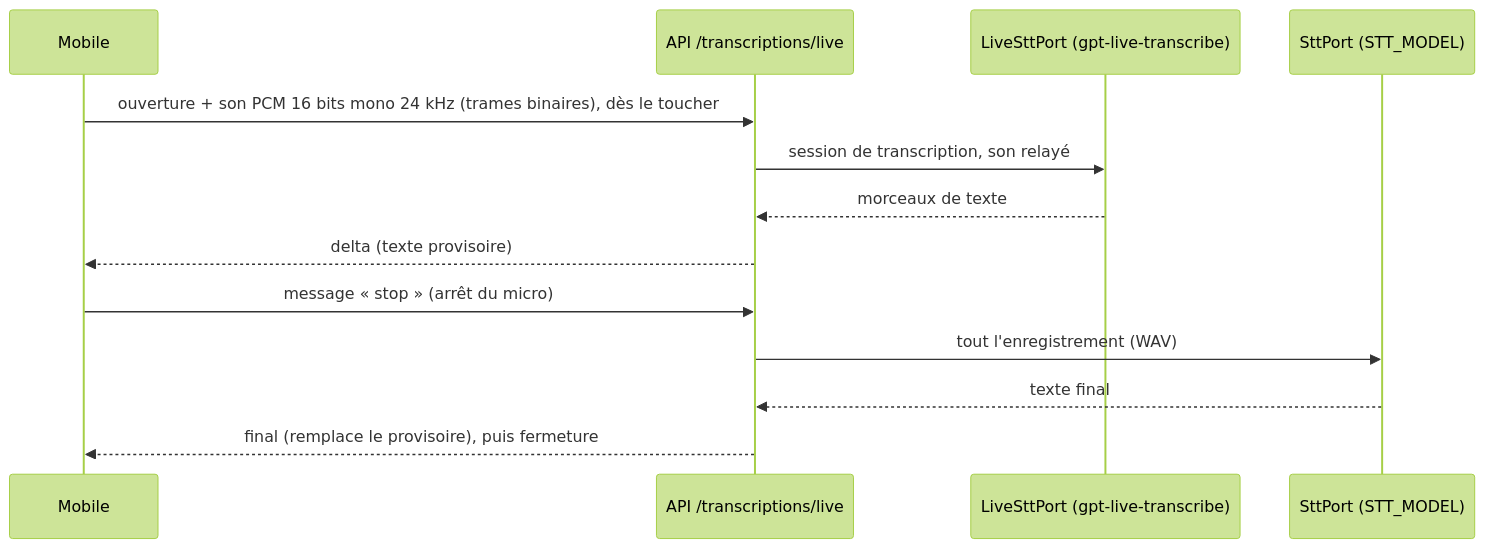
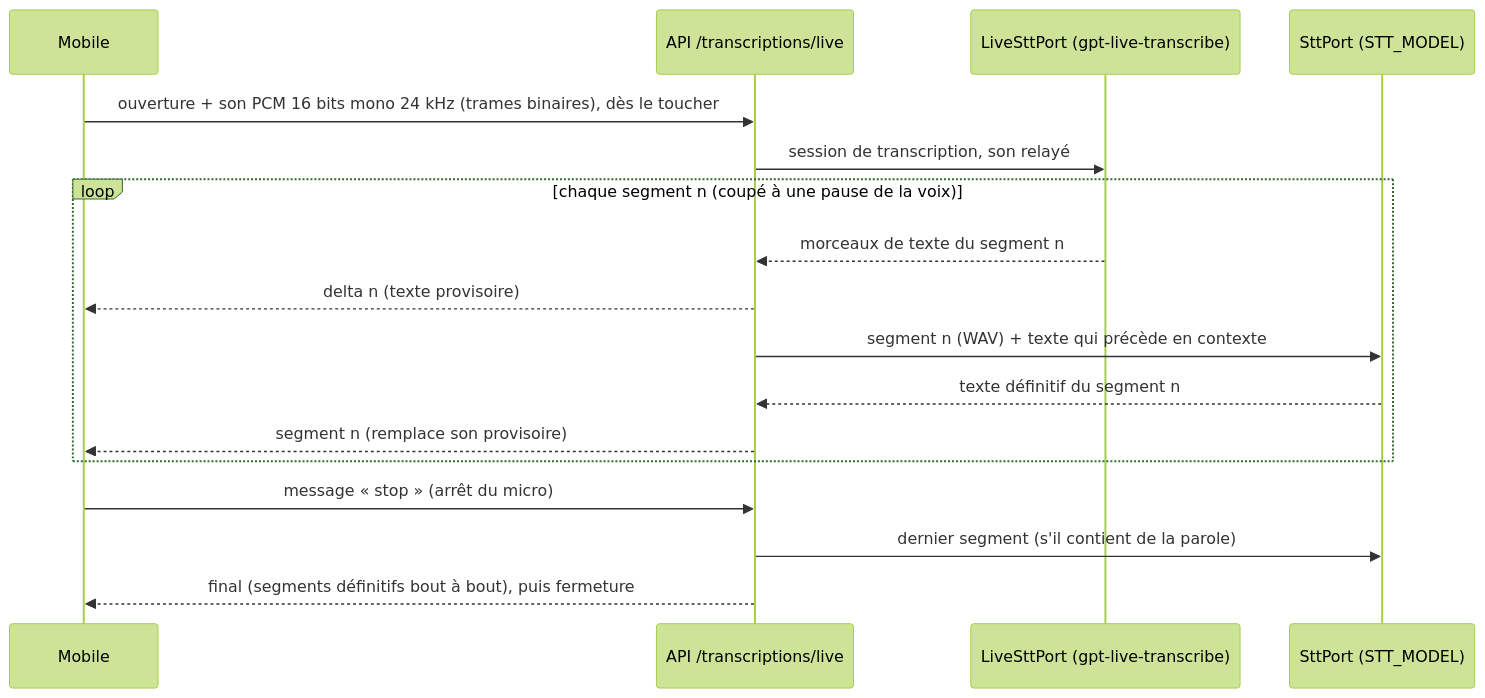
One commit to Infirmier-Augmente/bino changed the third of 3 diagrams in docs/ARCHITECTURE.md. Above: the diagram before and after it, drawn with Mermaid (forest theme). The commit also changed other lines of this file and 7 other files, not shown here.

First line of the commit message:
docs(docs): dictée découpée aux pauses (segments définitifs), animations du texte

````diff
--- a/docs/ARCHITECTURE.md
+++ b/docs/ARCHITECTURE.md
@@ -128,15 +128,19 @@
 ```mermaid
 sequenceDiagram
   participant M as Mobile
   participant W as API /transcriptions/live
   participant L as LiveSttPort (gpt-live-transcribe)
   participant F as SttPort (STT_MODEL)
   M->>W: ouverture + son PCM 16 bits mono 24 kHz (trames binaires), dès le toucher
   W->>L: session de transcription, son relayé
-  L-->>W: morceaux de texte
-  W-->>M: delta (texte provisoire)
+  loop chaque segment n (coupé à une pause de la voix)
+    L-->>W: morceaux de texte du segment n
+    W-->>M: delta n (texte provisoire)
+    W->>F: segment n (WAV) + texte qui précède en contexte
+    F-->>W: texte définitif du segment n
+    W-->>M: segment n (remplace son provisoire)
+  end
   M->>W: message « stop » (arrêt du micro)
-  W->>F: tout l'enregistrement (WAV)
-  F-->>W: texte final
-  W-->>M: final (remplace le provisoire), puis fermeture
+  W->>F: dernier segment (s'il contient de la parole)
+  W-->>M: final (segments définitifs bout à bout), puis fermeture
 ```
````
